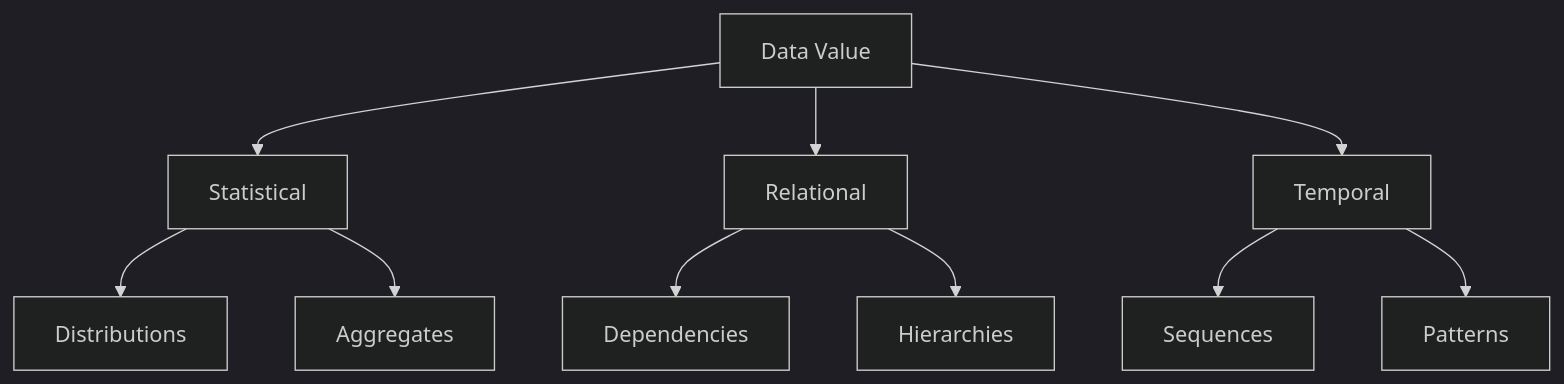
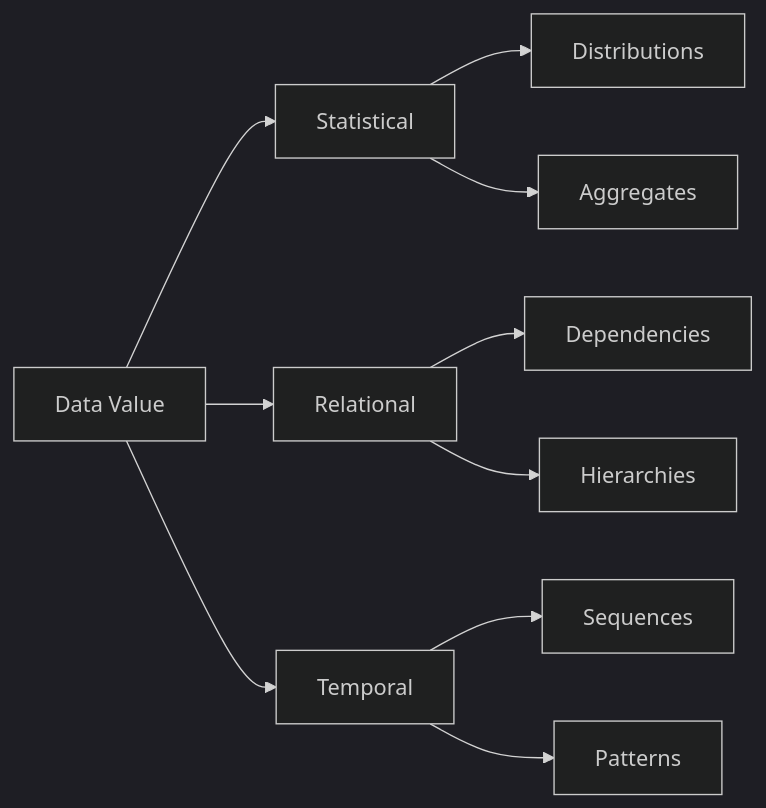
The second of 2 diagrams in content/guides/data-masking-in-telemetry.md (radra23/scryops-site), drawn with Mermaid (dark theme) before and after one commit. The commit also changed 49 other files, not shown here.

First line of the commit message:
fix(diagrams): fit the 18 live Mermaid diagrams that panned under the 12/14 floor

```diff
--- a/content/guides/data-masking-in-telemetry.md
+++ b/content/guides/data-masking-in-telemetry.md
@@ -113,17 +113,17 @@
 {{< mermaid caption="Fig. — A transformation has to preserve three kinds of structure at once: statistical distributions, relationships between fields, and temporal sequence, or the masked data loses its diagnostic value." >}}
 
-graph TB
+graph LR
     A[Data Value] --> B[Statistical]
     A --> C[Relational]
     A --> D[Temporal]
 
     B --> B1[Distributions]
     B --> B2[Aggregates]
     
     C --> C1[Dependencies]
     C --> C2[Hierarchies]
     
     D --> D1[Sequences]
     D --> D2[Patterns]
     
 {{< /mermaid >}}
```
